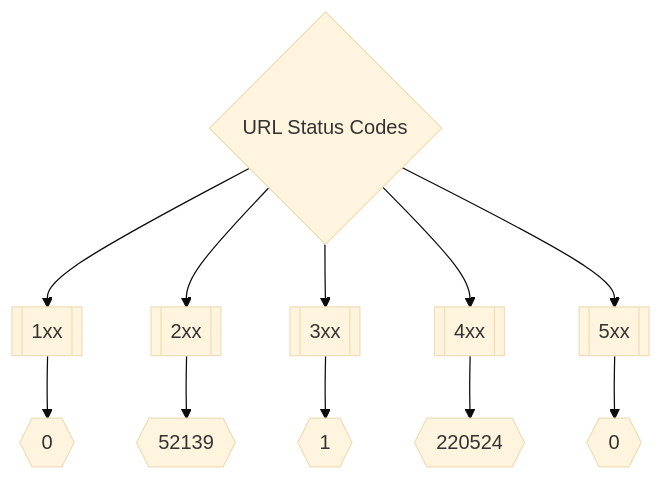
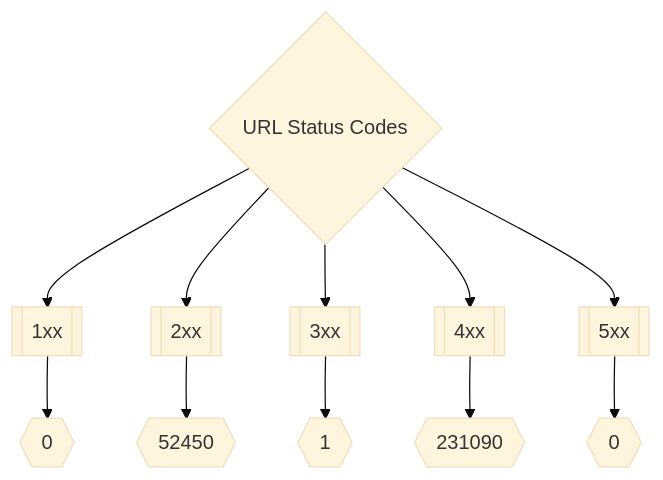
Before and after one commit to trickest/inventory: the second of 3 diagrams in README.md, drawn with Mermaid (base theme). The commit also changed other lines of this file, not shown here.

Commit message:
Update Sun Apr  3 10:16:25 UTC 2022

````diff
--- a/README.md
+++ b/README.md
@@ -173,8 +173,8 @@
 ```mermaid
 graph TD
 title{URL Status Codes} --> 1xx[[1xx]] --> status1xxNum{{0}}
-title --> 2xx[[2xx]] --> status2xxNum{{52139}}
+title --> 2xx[[2xx]] --> status2xxNum{{52450}}
 title --> 3xx[[3xx]] --> status3xxNum{{1}}
-title --> 4xx[[4xx]] --> status4xxNum{{220524}}
+title --> 4xx[[4xx]] --> status4xxNum{{231090}}
 title --> 5xx[[5xx]] --> status5xxNum{{0}}
 ```
````
